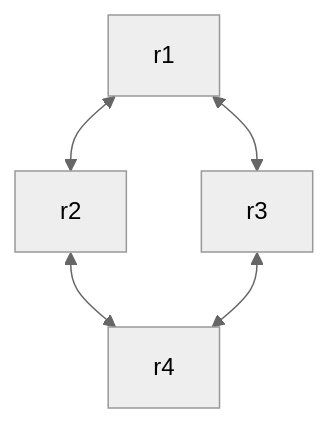
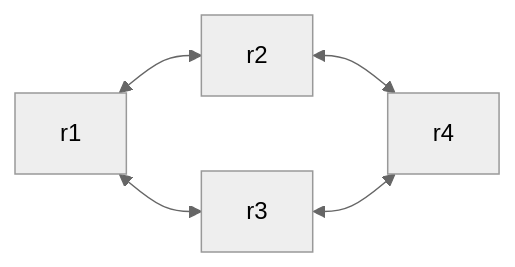
Before and after one commit to MarkGotLasagna/basi: the diagram in TEORIA/MARKDOWN/CAP12_ACTIVE_DATABASES.md, drawn with Mermaid (neutral theme). The commit also changed other lines of this file and 33 other files, not shown here.

````diff
--- a/TEORIA/MARKDOWN/CAP12_ACTIVE_DATABASES.md
+++ b/TEORIA/MARKDOWN/CAP12_ACTIVE_DATABASES.md
@@ -78,7 +66,7 @@
 ```mermaid
-flowchart TD
+flowchart LR
 	r1 <--> r2
 	r1 <--> r3
 	r2 <--> r4
 	r3 <--> r4
 ```
````
